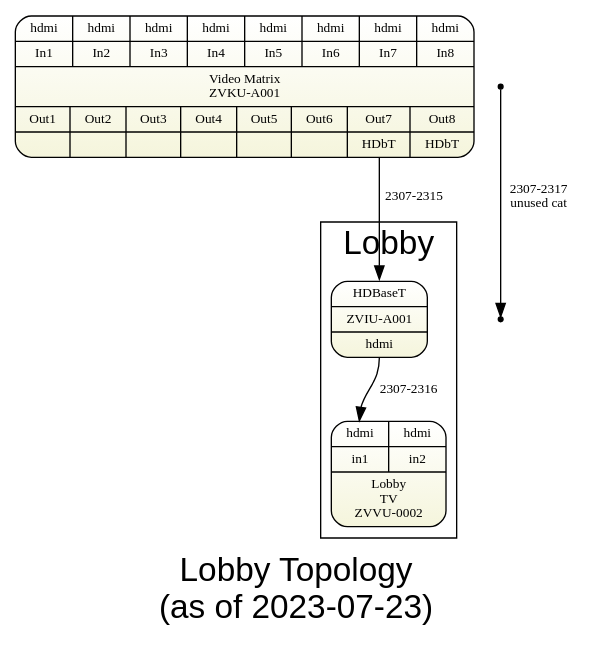
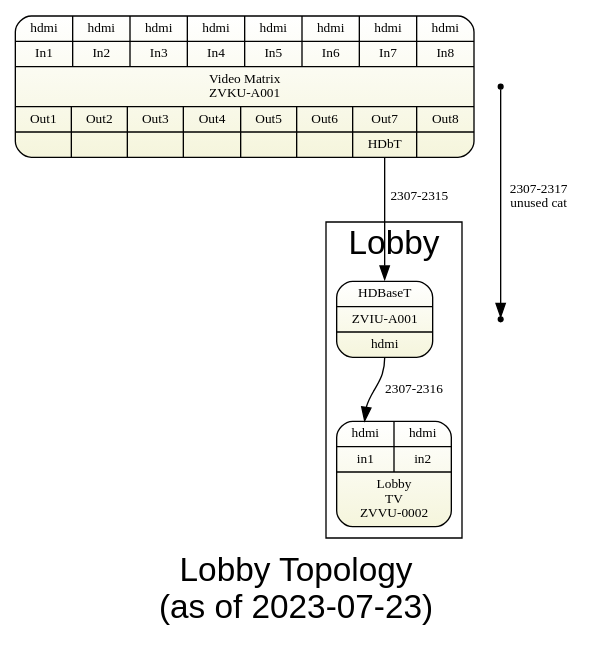
The diagram in gv/sdv-topology3-lobby.gv (avmaint/uactechdoc), drawn with Graphviz before and after one commit. The commit also changed 5 other files, not shown here.

Commit message:
updated diagrams and intra-doc consistency

```diff
--- a/gv/sdv-topology3-lobby.gv
+++ b/gv/sdv-topology3-lobby.gv
@@ -1,30 +1,30 @@
 digraph lobby { 
 graph [overlap = true, fontsize = 25, rankdir=TB
       label="Lobby Topology\n(as of 2023-07-23)",
       fontname = Helvetica]
  
 node [shape=Mrecord, style=filled , fillcolor="white:beige" ,fontsize = 10, 
       gradientangle=270]
 pswitch [label="{
   {{<i1>hdmi|In1}|{<i2>hdmi|In2}|{<i3>hdmi|In3}|{<i4>hdmi|In4}|{<i5>hdmi|In5}|{<i6>hdmi|In6}|{<i7>hdmi|In7}|{<i8>hdmi|In8}}
   |{Video Matrix\nZVKU-A001}|
   {{Out1|<o1>}|{Out2|<o2>}|{Out3|<o3>}|{Out4|<o4>}|
-   {Out5|<o5>}|{Out6|<o6>}|{Out7|<o7>HDbT}|{Out8|<o8>HDbT}}  
+   {Out5|<o5>}|{Out6|<o6>}|{Out7|<o7>HDbT}|{Out8|<o8> }}  
   }"]
   
 node [  tooltip="" ]
 
 subgraph cluster_lobby { label="Lobby" 
   c62hdmi1   [label="{<i>HDBaseT|ZVIU-A001|<o>hdmi}", tooltip="In lobby"]
   lobbytv  [label="{ {{<i1>hdmi|in1} | {<i2>hdmi|in2}}|Lobby\nTV\nZVVU-0002}"]
 }
 
 pswitch:o7 -> c62hdmi1:i [label="2307-2315" fontsize=10  ]
 c62hdmi1:o -> lobbytv:i1 [label="2307-2316" fontsize=10  ]
 
 p1 [shape=point]
 p2 [shape=point]
 p1->p2 [label="2307-2317\nunused cat" fontsize=10]
 
 
 }
```
